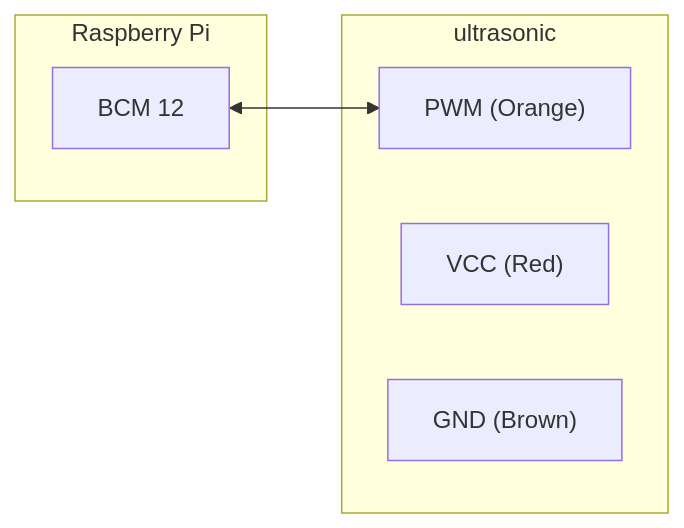
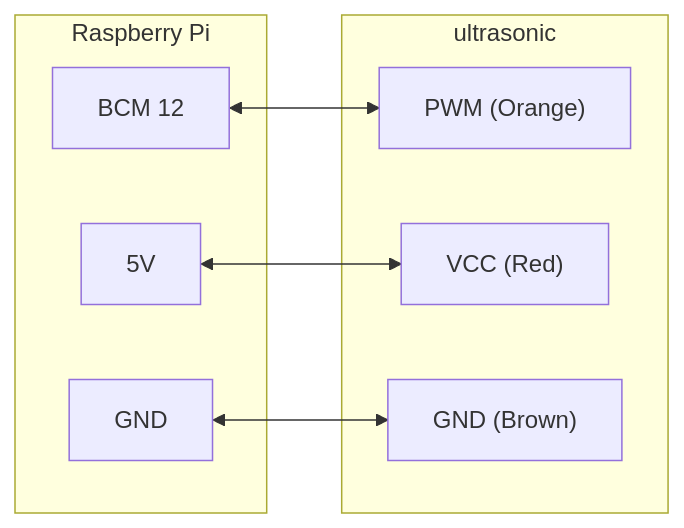
The first of 3 diagrams in README.md (lankahsu520/RPiP9), drawn with Mermaid before and after one commit. The commit also changed other lines of this file and 7 other files, not shown here.

````diff
--- a/README.md
+++ b/README.md
@@ -35,12 +35,16 @@
 ```mermaid
 flowchart LR
 	subgraph ultrasonic
     PWM["PWM (Orange)"]
     VCC["VCC (Red)"]
 		GND["GND (Brown)"]
 	end
 	subgraph "Raspberry Pi"
     BCM12[BCM 12]
-	end
+    5V_PI[5V]
+    GND_PI[GND]
+  end
 	BCM12 <--> PWM
+	5V_PI <--> VCC
+	GND_PI <--> GND
 ```
````
